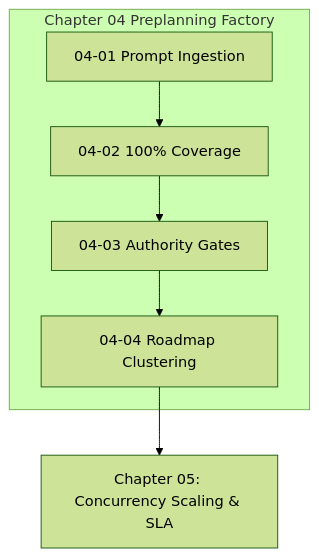
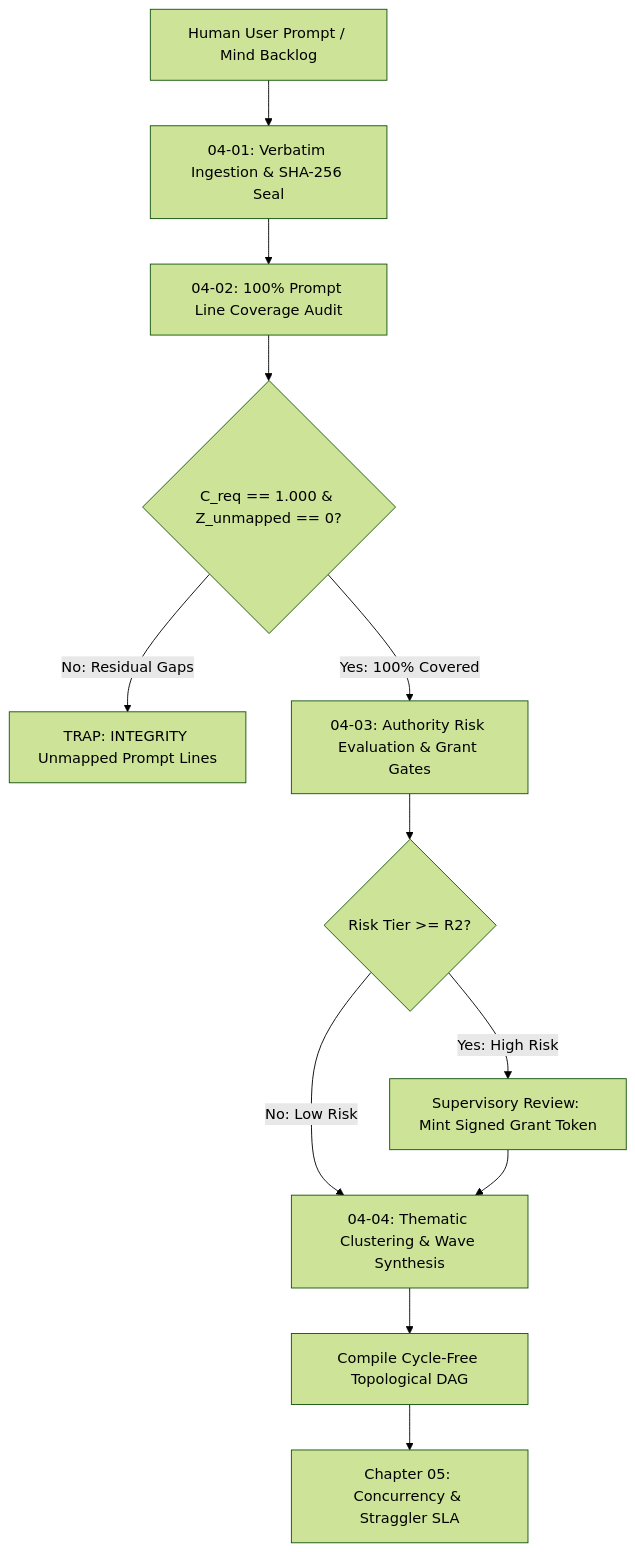
One commit to onurseckin/skills changed the diagram in docs/olt/architecture/04-continuous-preplanning-factory/index.md. Above: the diagram before and after it, drawn with Mermaid (forest theme). The commit also changed other lines of this file and 163 other files, not shown here.

````diff
--- a/docs/olt/architecture/04-continuous-preplanning-factory/index.md
+++ b/docs/olt/architecture/04-continuous-preplanning-factory/index.md
@@ -78,9 +90,17 @@
 ```mermaid
-graph TD
-    subgraph "Chapter 04 Preplanning Factory"
-        A[04-01 Prompt Ingestion] --> B[04-02 100% Coverage]
-        B --> C[04-03 Authority Gates]
-        C --> D[04-04 Roadmap Clustering]
-    end
-    D --> E["Chapter 05: Concurrency Scaling & SLA"]
+flowchart TD
+    Prompt[Human User Prompt / Mind Backlog] --> Ingest[04-01: Verbatim Ingestion & SHA-256 Seal]
+    Ingest --> Coverage[04-02: 100% Prompt Line Coverage Audit]
+
+    Coverage --> CoverageGate{C_req == 1.000 & Z_unmapped == 0?}
+    CoverageGate -->|No: Residual Gaps| ReplanningTrap[TRAP: INTEGRITY Unmapped Prompt Lines]
+
+    CoverageGate -->|Yes: 100% Covered| Authority[04-03: Authority Risk Evaluation & Grant Gates]
+    Authority --> RiskGate{Risk Tier >= R2?}
+    RiskGate -->|Yes: High Risk| SuperReview[Supervisory Review: Mint Signed Grant Token]
+    RiskGate -->|No: Low Risk| Cluster[04-04: Thematic Clustering & Wave Synthesis]
+    SuperReview --> Cluster
+
+    Cluster --> CompileDAG[Compile Cycle-Free Topological DAG]
+    CompileDAG --> NextChapter["Chapter 05: Concurrency & Straggler SLA"]
 ```
````
